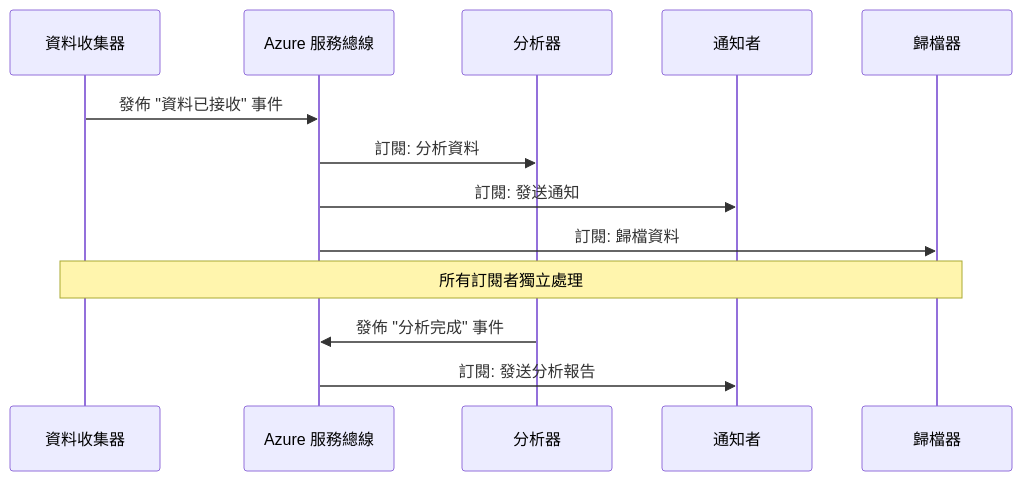
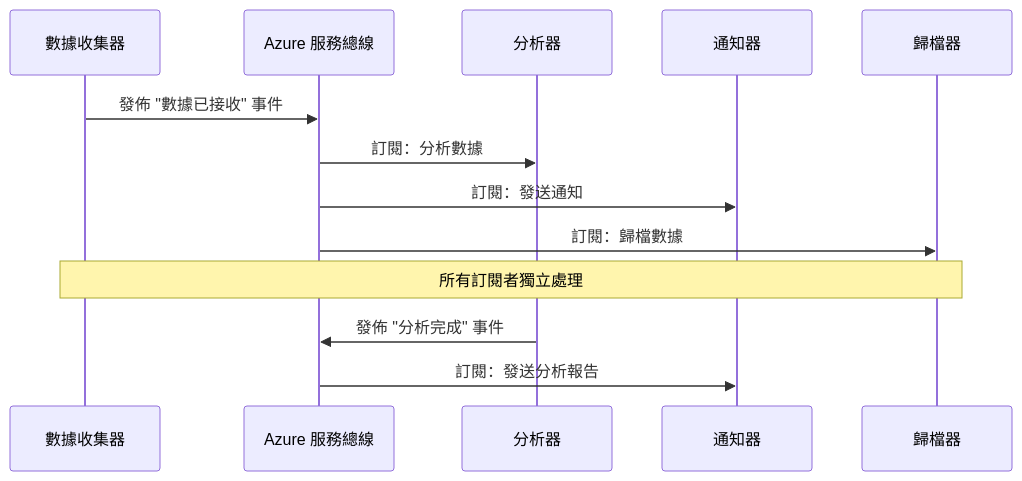
One commit to microsoft/AZD-for-beginners changed the fourth of 6 diagrams in translations/zh-HK/docs/chapter-06-pre-deployment/coordination-patterns.md. Above: the diagram before and after it, drawn with Mermaid. The commit also changed other lines of this file and 101 other files, not shown here.

````diff
--- a/translations/zh-HK/docs/chapter-06-pre-deployment/coordination-patterns.md
+++ b/translations/zh-HK/docs/chapter-06-pre-deployment/coordination-patterns.md
@@ -191,18 +185,18 @@
 ```mermaid
 sequenceDiagram
-    participant Agent1 as 資料收集器
+    participant Agent1 as 數據收集器
     participant EventBus as Azure 服務總線
     participant Agent2 as 分析器
-    participant Agent3 as 通知者
+    participant Agent3 as 通知器
     participant Agent4 as 歸檔器
     
-    Agent1->>EventBus: 發佈 "資料已接收" 事件
-    EventBus->>Agent2: 訂閱: 分析資料
-    EventBus->>Agent3: 訂閱: 發送通知
-    EventBus->>Agent4: 訂閱: 歸檔資料
+    Agent1->>EventBus: 發佈 "數據已接收" 事件
+    EventBus->>Agent2: 訂閱：分析數據
+    EventBus->>Agent3: 訂閱：發送通知
+    EventBus->>Agent4: 訂閱：歸檔數據
     
     Note over Agent1,Agent4: 所有訂閱者獨立處理
     
     Agent2->>EventBus: 發佈 "分析完成" 事件
-    EventBus->>Agent3: 訂閱: 發送分析報告
+    EventBus->>Agent3: 訂閱：發送分析報告
 ```
````
